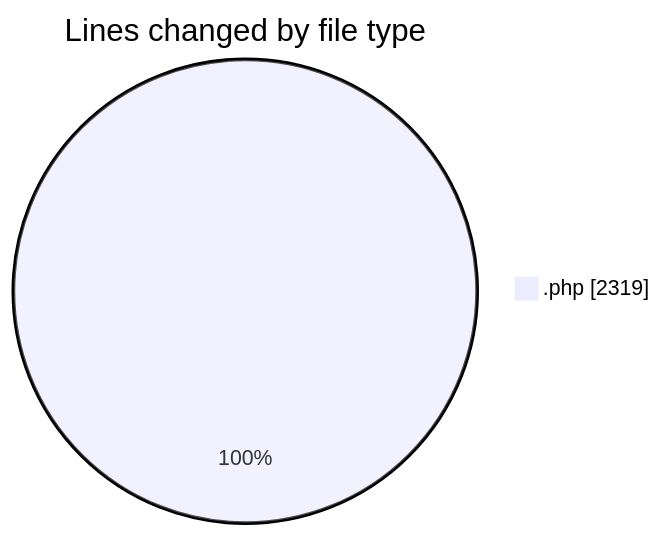
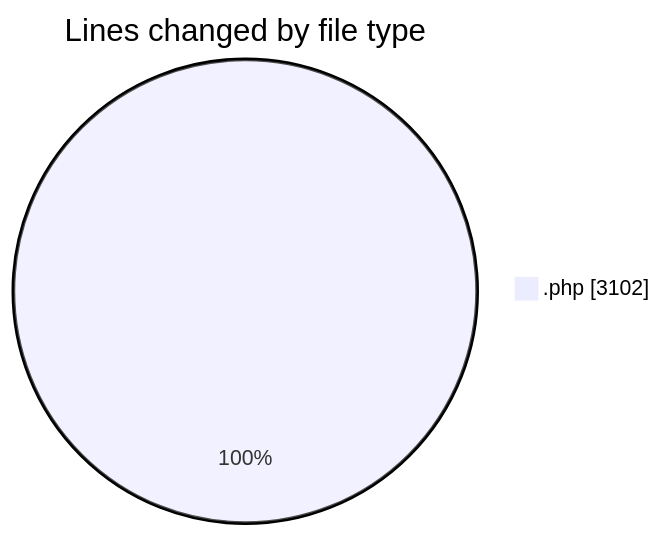
One commit to debugP/code-tracking changed the first of 2 diagrams in 2025-10-29/untitled__workspace_/README.md. Above: the diagram before and after it, drawn with Mermaid. The commit also changed other lines of this file and 1 other file, not shown here.

````diff
--- a/2025-10-29/untitled__workspace_/README.md
+++ b/2025-10-29/untitled__workspace_/README.md
@@ -21,5 +22,5 @@
 ```mermaid
 pie showData
 title Lines changed by file type
-".php" : 2319
+".php" : 3102
 ```
````
